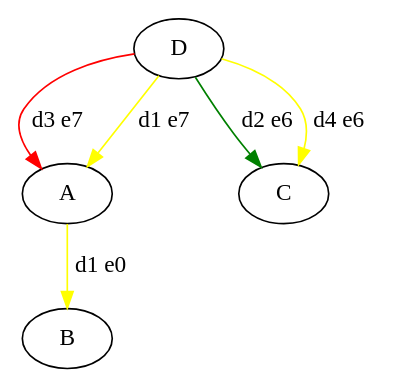
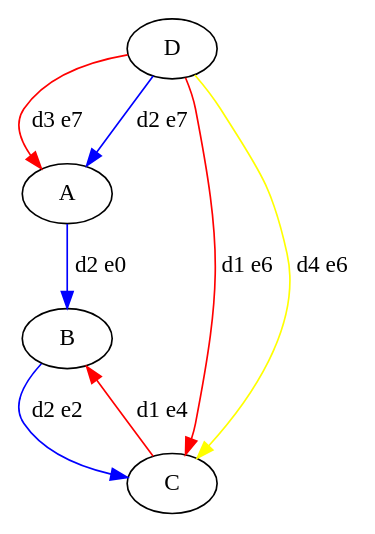
One commit to Hebbe1234/ExpectAll changed the diagram in src/assignedGraphs/assigned.dot. Above: the diagram before and after it, drawn with Graphviz. The commit also changed 3 other files, not shown here.

```diff
--- a/src/assignedGraphs/assigned.dot
+++ b/src/assignedGraphs/assigned.dot
@@ -1,11 +1,13 @@
 digraph "G" {
 A;
 B;
 C;
 D;
-A -> B  [color=yellow, key=0, label="d1 e0"];
-D -> C  [color=green, key=0, label="d2 e6"];
+A -> B  [color=blue, key=0, label="d2 e0"];
+B -> C  [color=blue, key=0, label="d2 e2"];
+C -> B  [color=red, key=0, label="d1 e4"];
+D -> C  [color=red, key=0, label="d1 e6"];
 D -> C  [color=yellow, key=1, label="d4 e6"];
 D -> A  [color=red, key=0, label="d3 e7"];
-D -> A  [color=yellow, key=1, label="d1 e7"];
+D -> A  [color=blue, key=1, label="d2 e7"];
 }
```
